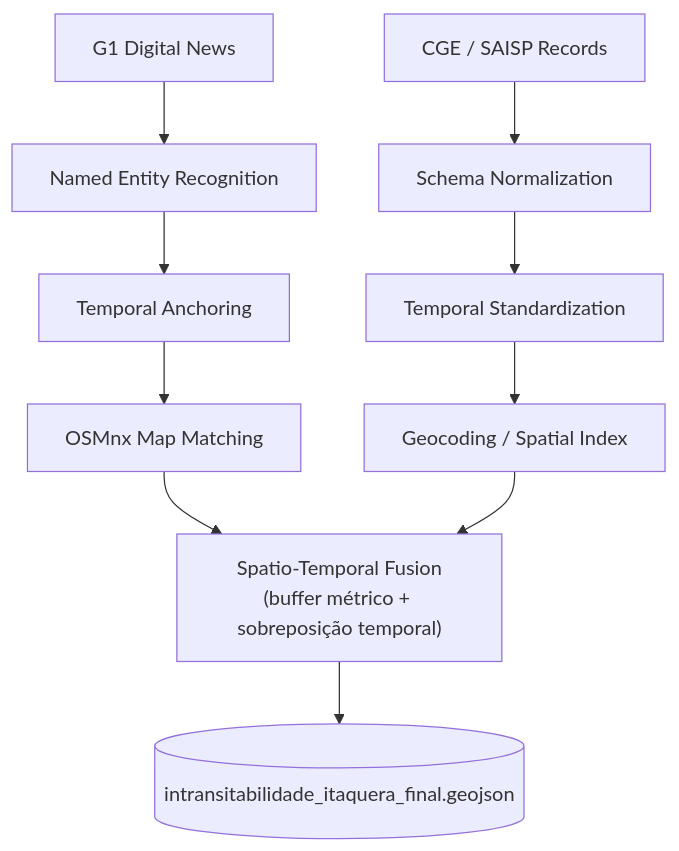
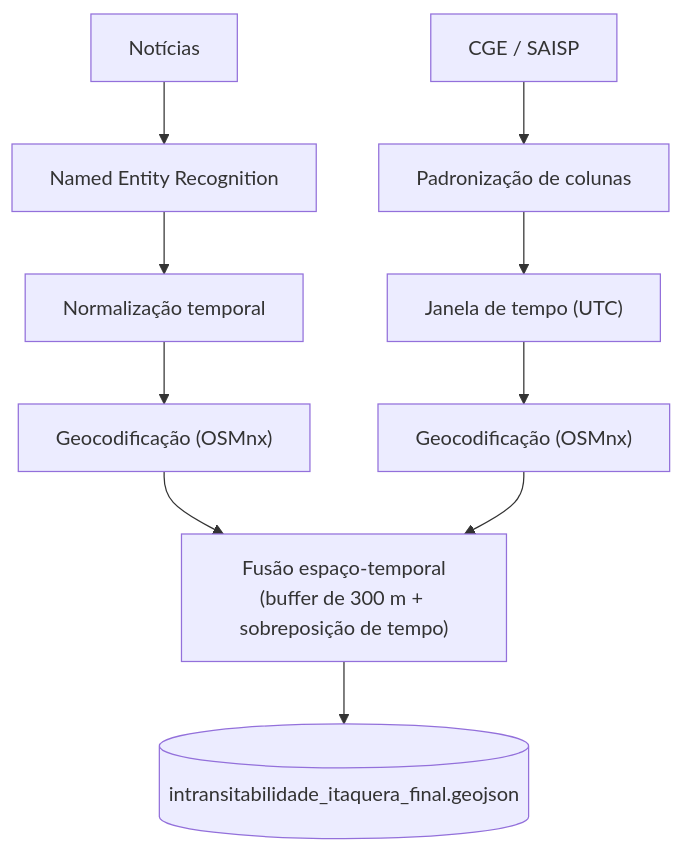
One commit to yanpefnsc/flood-fusion-sp changed the diagram in README.md. Above: the diagram before and after it, drawn with Mermaid. The commit also changed other lines of this file, not shown here.

````diff
--- a/README.md
+++ b/README.md
@@ -41,14 +60,14 @@
 ```mermaid
 flowchart TD
-    A["G1 Digital News"] --> B["Named Entity Recognition"]
-    B --> C["Temporal Anchoring"]
-    C --> D["OSMnx Map Matching"]
+    A["Notícias"] --> B["Named Entity Recognition"]
+    B --> C["Normalização temporal"]
+    C --> D["Geocodificação (OSMnx)"]
 
-    E["CGE / SAISP Records"] --> F["Schema Normalization"]
-    F --> G["Temporal Standardization"]
-    G --> H["Geocoding / Spatial Index"]
+    E["CGE / SAISP"] --> F["Padronização de colunas"]
+    F --> G["Janela de tempo (UTC)"]
+    G --> H["Geocodificação (OSMnx)"]
 
-    D --> I["Spatio-Temporal Fusion<br/>(buffer métrico + sobreposição temporal)"]
+    D --> I["Fusão espaço-temporal<br/>(buffer de 300 m + sobreposição de tempo)"]
     H --> I
     I --> J[("intransitabilidade_itaquera_final.geojson")]
 ```
````
